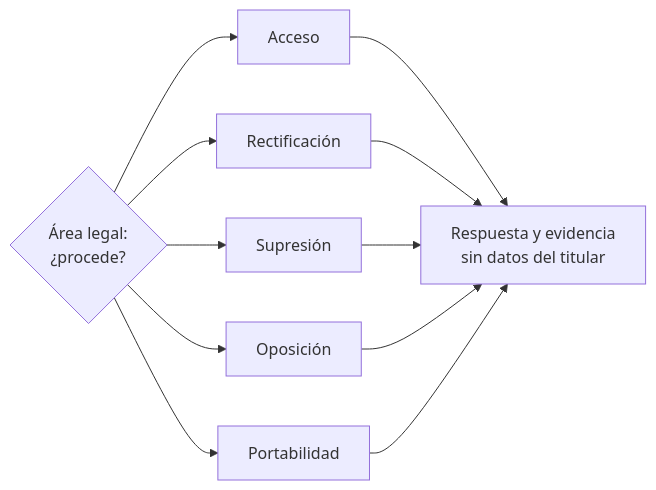
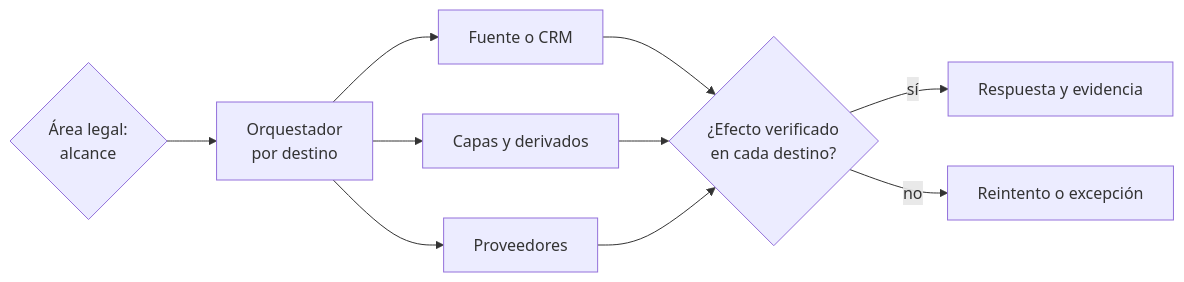
One commit to fcp4891/de-knowledge-hub changed the second of 2 diagrams in content/concepts/data-subject-rights-pipeline.md. Above: the diagram before and after it, drawn with Mermaid. The commit also changed other lines of this file and 1 other file, not shown here.

````diff
--- a/content/concepts/data-subject-rights-pipeline.md
+++ b/content/concepts/data-subject-rights-pipeline.md
@@ -159,5 +196,10 @@
 ```mermaid
 flowchart LR
-  L{"Área legal:<br/>¿procede?"} --> A["Acceso"] & R["Rectificación"] & S["Supresión"] & O["Oposición"] & P["Portabilidad"]
-  A & R & S & O & P --> E["Respuesta y evidencia<br/>sin datos del titular"]
+  L{"Área legal:<br/>alcance"} --> O["Orquestador<br/>por destino"]
+  O --> C["Fuente o CRM"]
+  O --> D["Capas y derivados"]
+  O --> P["Proveedores"]
+  C & D & P --> V{"¿Efecto verificado<br/>en cada destino?"}
+  V -- "sí" --> E["Respuesta y evidencia"]
+  V -- "no" --> R["Reintento o excepción"]
 ```
````
